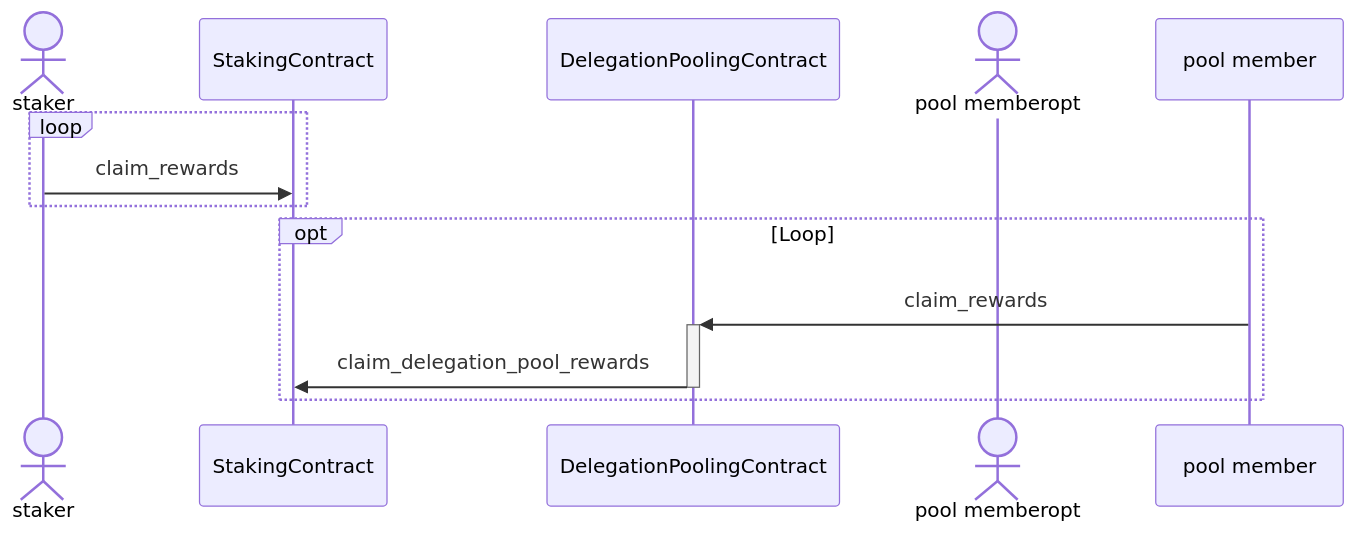
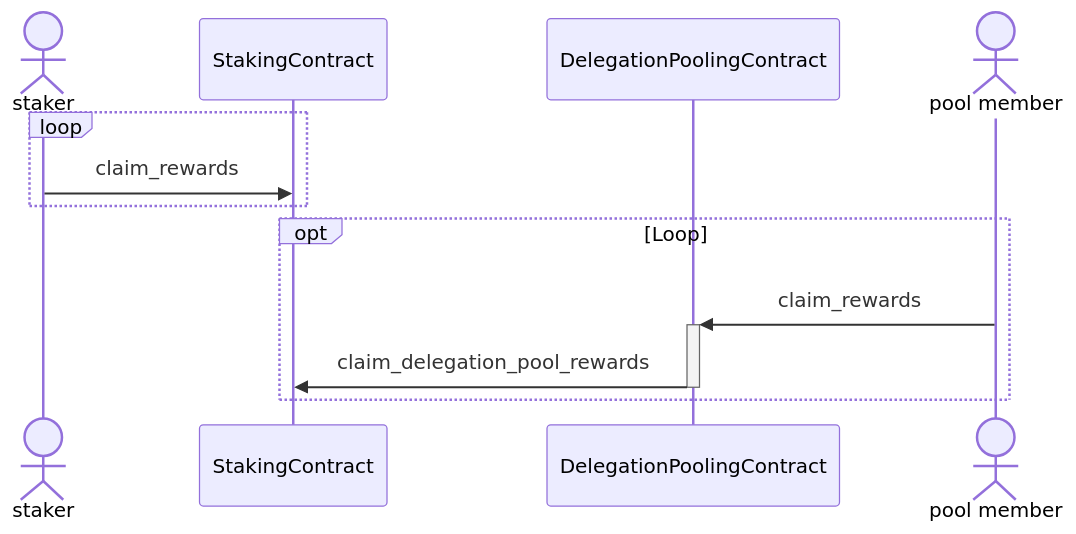
The fourth of 5 diagrams in workspace/apps/staking/docs/spec.md (starkware-libs/starknet-staking), drawn with Mermaid before and after one commit.

Commit message:
fix(staking): poolmemberopt (#1684)

````diff
--- a/workspace/apps/staking/docs/spec.md
+++ b/workspace/apps/staking/docs/spec.md
@@ -253,14 +253,14 @@
 ```mermaid
 sequenceDiagram
   actor staker
   participant StakingContract
   participant DelegationPoolingContract
-  actor pool memberopt 
+  actor pool member
   Loop
     staker ->> StakingContract: claim_rewards
   end
   opt Loop
     pool member ->>+ DelegationPoolingContract: claim_rewards
     DelegationPoolingContract ->>- StakingContract: claim_delegation_pool_rewards
   end
 ```
````
